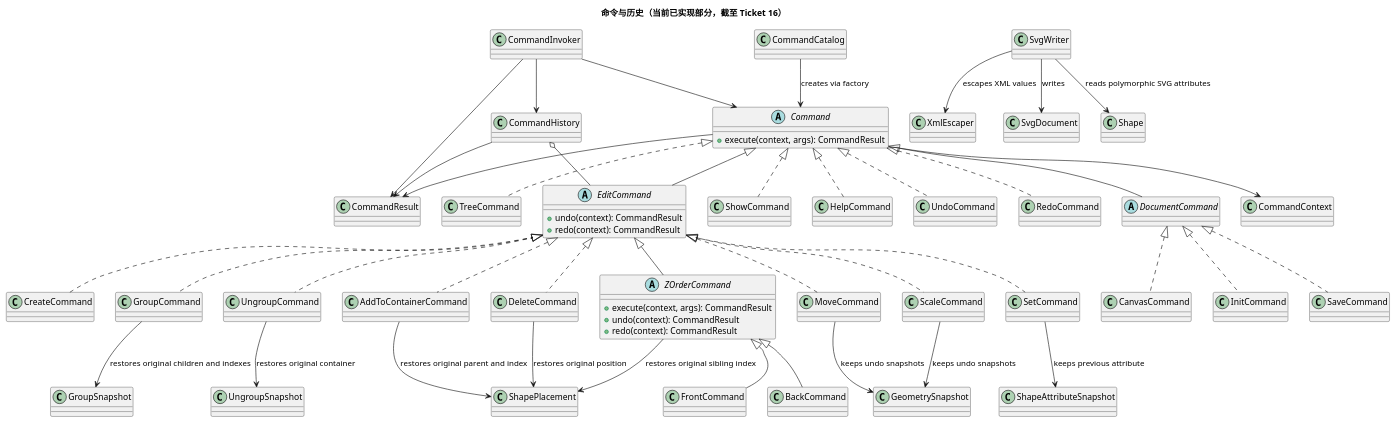
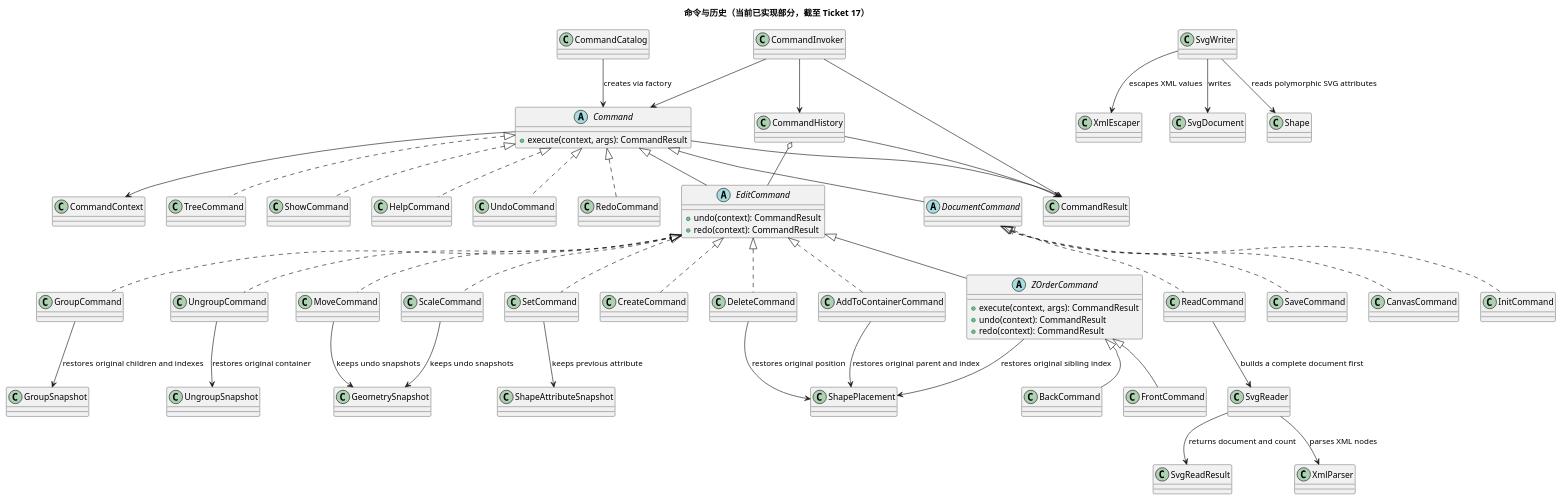
Before and after one commit to NQC233/svg-editor-lab1: the second of 2 diagrams in doc/class-model.puml, drawn with PlantUML. The commit also changed other lines of this file and 5 other files, not shown here.

```diff
--- a/doc/class-model.puml
+++ b/doc/class-model.puml
@@ -128,91 +174,99 @@
 @startuml
-title 命令与历史（当前已实现部分，截至 Ticket 16）
+title 命令与历史（当前已实现部分，截至 Ticket 17）
 
 abstract class Command {
   +execute(context, args): CommandResult
 }
 
 abstract class DocumentCommand
 
 abstract class EditCommand {
   +undo(context): CommandResult
   +redo(context): CommandResult
 }
 
 class CommandResult
 class CommandCatalog
 class CommandInvoker
 class CommandHistory
 class CommandContext
 class ShapePlacement
 class UngroupSnapshot
 class GroupSnapshot
 
 class CreateCommand
 class DeleteCommand
 class GroupCommand
 class UngroupCommand
 class AddToContainerCommand
 abstract class ZOrderCommand {
   +execute(context, args): CommandResult
   +undo(context): CommandResult
   +redo(context): CommandResult
 }
 class FrontCommand
 class BackCommand
 class MoveCommand
 class ScaleCommand
 class SetCommand
 class CanvasCommand
 class InitCommand
+class ReadCommand
 class SaveCommand
 class TreeCommand
 class ShowCommand
 class HelpCommand
 class UndoCommand
 class RedoCommand
 class SvgWriter
+class SvgReader
+class SvgReadResult
+class XmlParser
 class XmlEscaper
 
 Command <|-- EditCommand
 Command <|-- DocumentCommand
 EditCommand <|.. CreateCommand
 EditCommand <|.. DeleteCommand
 EditCommand <|.. GroupCommand
 EditCommand <|.. UngroupCommand
 EditCommand <|.. AddToContainerCommand
 EditCommand <|-- ZOrderCommand
 ZOrderCommand <|-- FrontCommand
 ZOrderCommand <|-- BackCommand
 EditCommand <|.. MoveCommand
 EditCommand <|.. ScaleCommand
 EditCommand <|.. SetCommand
 DocumentCommand <|.. CanvasCommand
 DocumentCommand <|.. InitCommand
+DocumentCommand <|.. ReadCommand
 DocumentCommand <|.. SaveCommand
 Command <|.. TreeCommand
 Command <|.. ShowCommand
 Command <|.. HelpCommand
 Command <|.. UndoCommand
 Command <|.. RedoCommand
 SvgWriter --> SvgDocument : writes
 SvgWriter --> Shape : reads polymorphic SVG attributes
 SvgWriter --> XmlEscaper : escapes XML values
+ReadCommand --> SvgReader : builds a complete document first
+SvgReader --> SvgReadResult : returns document and count
+SvgReader --> XmlParser : parses XML nodes
 
 CommandInvoker --> CommandHistory
 CommandInvoker --> Command
 CommandInvoker --> CommandResult
 CommandCatalog --> Command : creates via factory
 CommandHistory o-- EditCommand
 CommandHistory --> CommandResult
 Command --> CommandContext
 Command --> CommandResult
 DeleteCommand --> ShapePlacement : restores original position
 UngroupCommand --> UngroupSnapshot : restores original container
 GroupCommand --> GroupSnapshot : restores original children and indexes
 AddToContainerCommand --> ShapePlacement : restores original parent and index
 ZOrderCommand --> ShapePlacement : restores original sibling index
 MoveCommand --> GeometrySnapshot : keeps undo snapshots
 ScaleCommand --> GeometrySnapshot : keeps undo snapshots
 SetCommand --> ShapeAttributeSnapshot : keeps previous attribute
 @enduml
```
